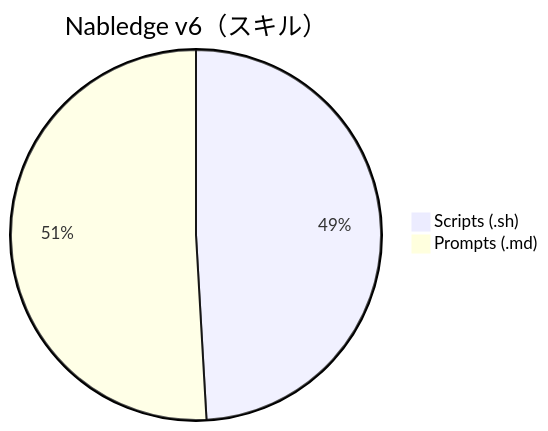
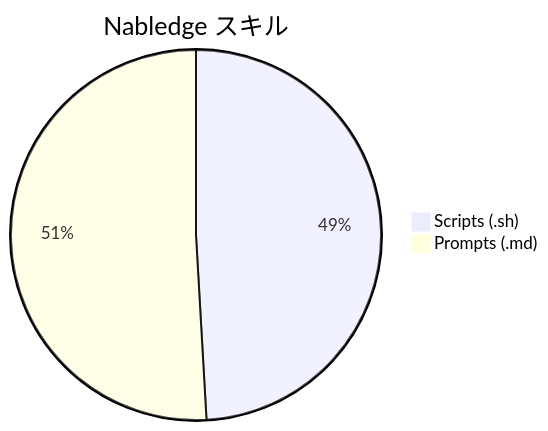
Before and after one commit to nablarch/nabledge-dev: the second of 4 diagrams in docs/articles/02-knowledge-creator.md, drawn with Mermaid. The commit also changed other lines of this file and 2 other files, not shown here.

````diff
--- a/docs/articles/02-knowledge-creator.md
+++ b/docs/articles/02-knowledge-creator.md
@@ -71,5 +71,5 @@
 ```mermaid
-pie title Nabledge v6（スキル）
+pie title Nabledge スキル
   "Scripts (.sh)" : 948
   "Prompts (.md)" : 983
 ```
````
